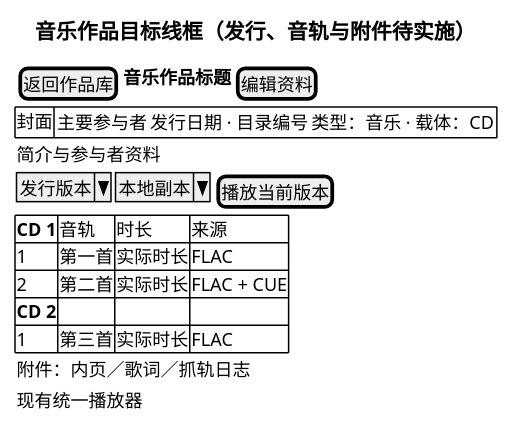
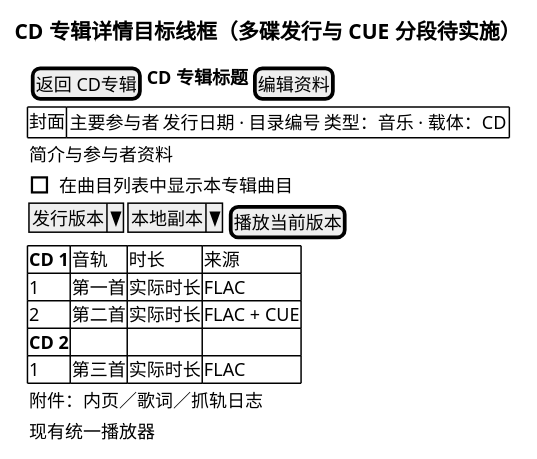
The diagram in docs/prototypes/work-music.salt.puml (fnMrRice/MusicFS), drawn with PlantUML before and after one commit. The commit also changed 9 other files, not shown here.

```diff
--- a/docs/prototypes/work-music.salt.puml
+++ b/docs/prototypes/work-music.salt.puml
@@ -1,18 +1,19 @@
 @startsalt
-title 音乐作品目标线框（发行、音轨与附件待实施）
+title CD 专辑详情目标线框（多碟发行与 CUE 分段待实施）
 {
-{ [返回作品库] | <b>音乐作品标题 | [编辑资料] }
+{ [返回 CD专辑] | <b>CD 专辑标题 | [编辑资料] }
 {# 封面 | { 主要参与者 | 发行日期 · 目录编号 | 类型：音乐 · 载体：CD } }
 { 简介与参与者资料 }
+{ [] 在曲目列表中显示本专辑曲目 }
 { ^发行版本^ | ^本地副本^ | [播放当前版本] }
 {#
 <b>CD 1 | 音轨 | 时长 | 来源
 1 | 第一首 | 实际时长 | FLAC
 2 | 第二首 | 实际时长 | FLAC + CUE
 <b>CD 2 | . | . | .
 1 | 第三首 | 实际时长 | FLAC
 }
 { 附件：内页／歌词／抓轨日志 }
 { 现有统一播放器 }
 }
 @endsalt
```
